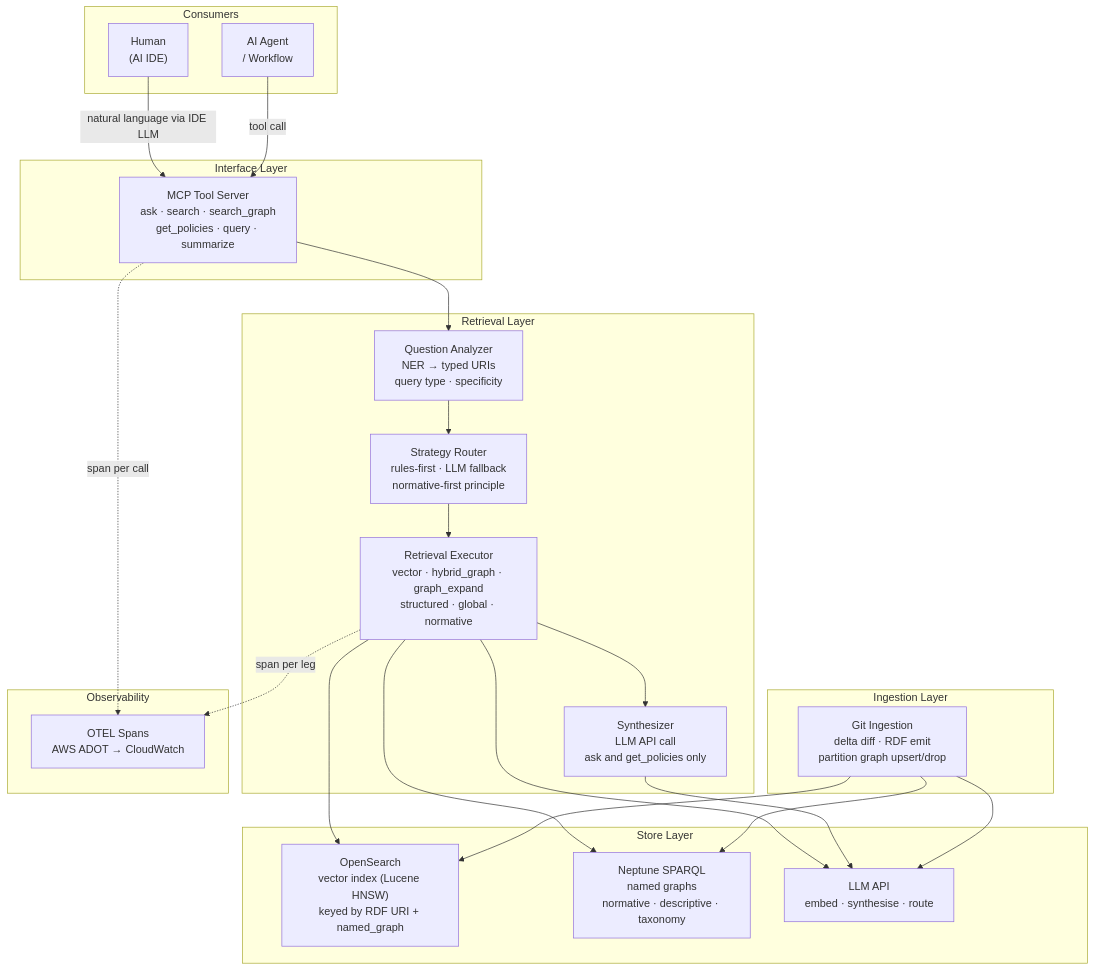
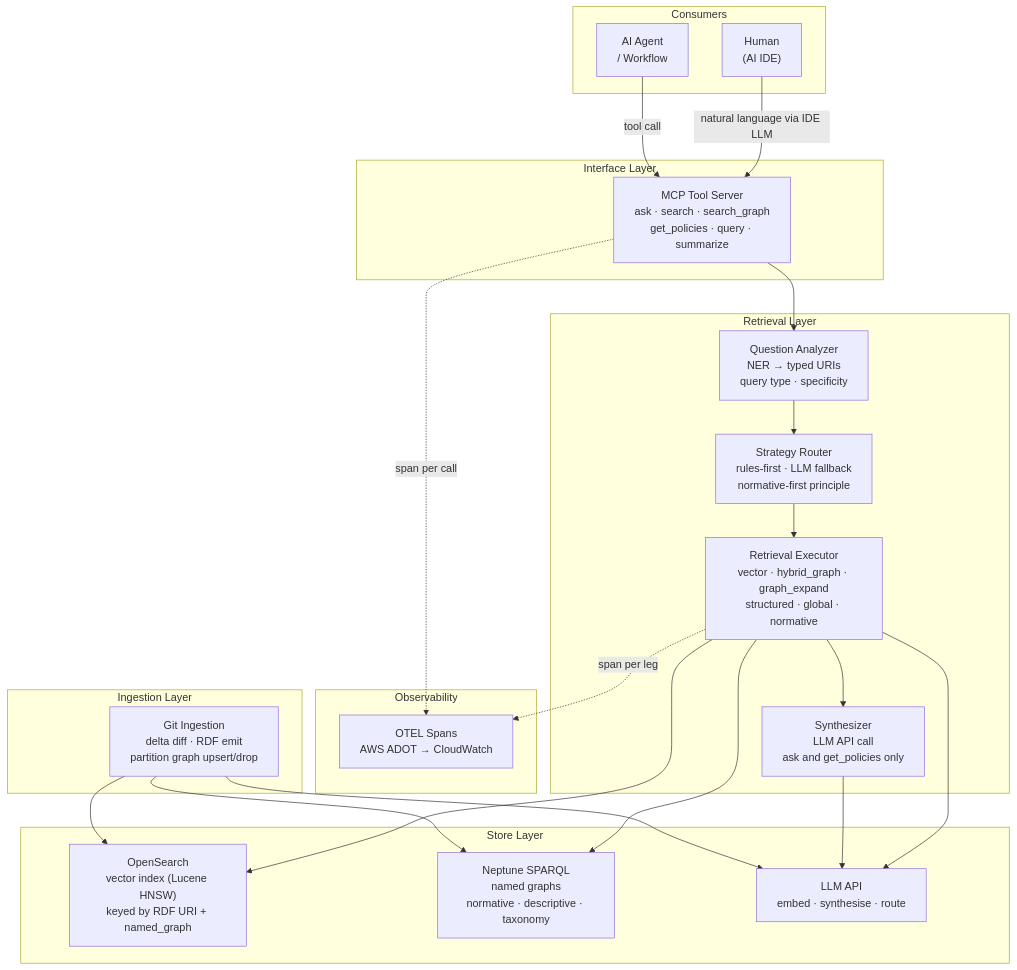
The first of 5 diagrams in docs/architecture/biz-ops-knowledge-graph/design.md (eugenelim/graphrag-aws-template), drawn with Mermaid before and after one commit. The commit also changed other lines of this file, not shown here.

First line of the commit message:
fix(docs): remediate 7 Mermaid diagram defects in biz-ops-knowledge-graph design

````diff
--- a/docs/architecture/biz-ops-knowledge-graph/design.md
+++ b/docs/architecture/biz-ops-knowledge-graph/design.md
@@ -203,49 +203,50 @@
 ```mermaid
 flowchart TB
     subgraph Consumers["Consumers"]
         HU["Human<br/>(AI IDE)"]
         AG["AI Agent<br/>/ Workflow"]
     end
 
     subgraph Interface["Interface Layer"]
         MCP["MCP Tool Server<br/>ask · search · search_graph<br/>get_policies · query · summarize"]
     end
 
+    subgraph Observability["Observability"]
+        OT["OTEL Spans<br/>AWS ADOT → CloudWatch"]
+    end
+
     subgraph Retrieval["Retrieval Layer"]
         QA["Question Analyzer<br/>NER → typed URIs<br/>query type · specificity"]
         SR["Strategy Router<br/>rules-first · LLM fallback<br/>normative-first principle"]
         EX["Retrieval Executor<br/>vector · hybrid_graph · graph_expand<br/>structured · global · normative"]
         SY["Synthesizer<br/>LLM API call<br/>ask and get_policies only"]
+    end
+
+    subgraph Ingestion["Ingestion Layer"]
+        GI["Git Ingestion<br/>delta diff · RDF emit<br/>partition graph upsert/drop"]
     end
 
     subgraph Stores["Store Layer"]
         OS["OpenSearch<br/>vector index (Lucene HNSW)<br/>keyed by RDF URI + named_graph"]
         NP["Neptune SPARQL<br/>named graphs<br/>normative · descriptive · taxonomy"]
         BD["LLM API<br/>embed · synthesise · route"]
     end
 
-    subgraph Ingestion["Ingestion Layer"]
-        GI["Git Ingestion<br/>delta diff · RDF emit<br/>partition graph upsert/drop"]
-    end
-
-    subgraph Observability["Observability"]
-        OT["OTEL Spans<br/>AWS ADOT → CloudWatch"]
-    end
 
     HU -->|"natural language via IDE LLM"| MCP
     AG -->|"tool call"| MCP
     MCP --> QA
     QA --> SR
     SR --> EX
     EX --> OS
     EX --> NP
     EX --> BD
     EX --> SY
     SY --> BD
     MCP -.->|"span per call"| OT
     EX -.->|"span per leg"| OT
 
     GI --> NP
     GI --> OS
     GI --> BD
 ```
````
